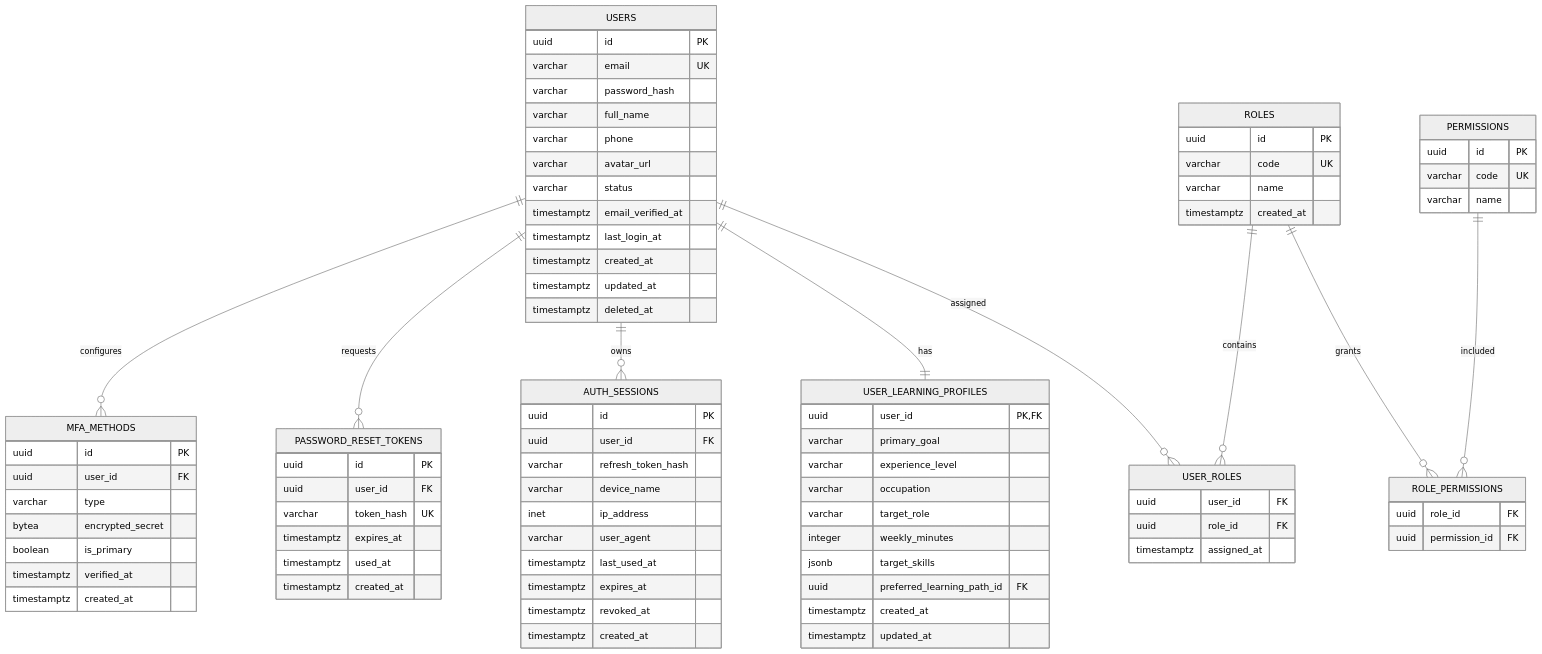
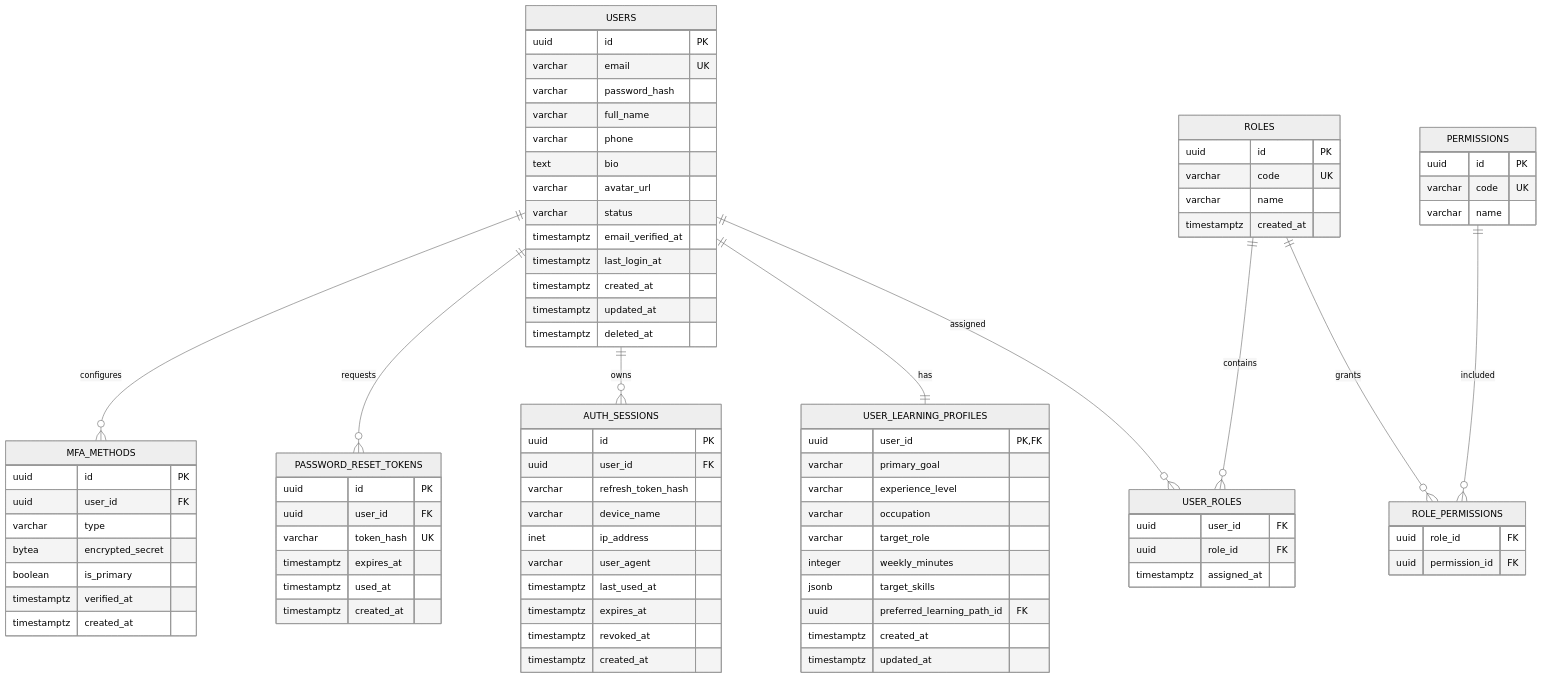
The first of 7 diagrams in docs/database/ERD.md (kvnlhm/lms-ai), drawn with Mermaid (neutral theme) before and after one commit. The commit also changed 14 other files, not shown here.

```diff
--- a/docs/database/ERD.md
+++ b/docs/database/ERD.md
@@ -40,6 +40,7 @@
         varchar password_hash
         varchar full_name
         varchar phone
+        text bio
         varchar avatar_url
         varchar status
         timestamptz email_verified_at
```
